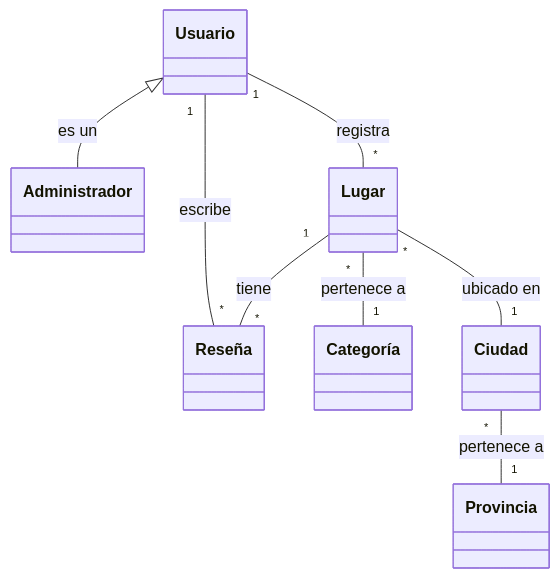
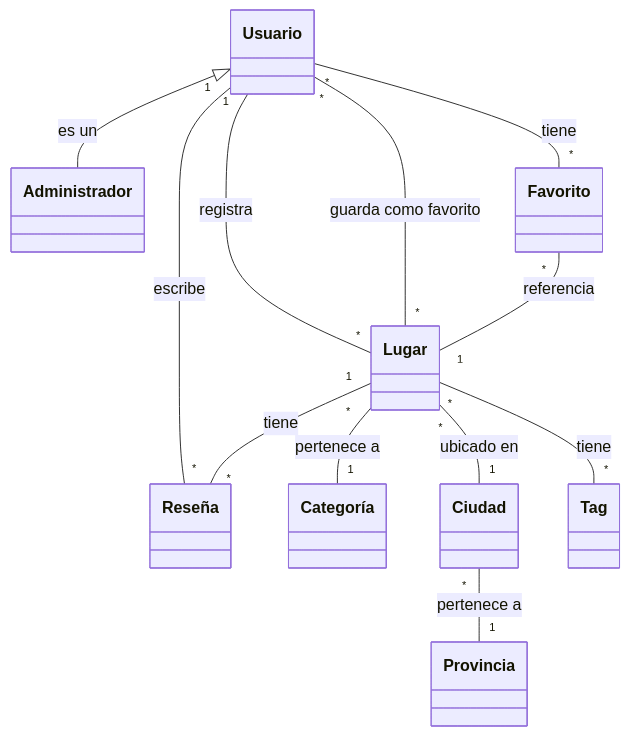
The diagram in proposal.md (utnfrrodsw/tp), drawn with Mermaid before and after one commit. The commit also changed other lines of this file, not shown here.

Commit message:
update proposal, cambios varios en crud simple, crud dependiente, integrantes, diagrama de clases, roles y Adicionales para Aprobación

````diff
--- a/proposal.md
+++ b/proposal.md
@@ -22,31 +21,50 @@
 ```mermaid
 classDiagram
     Usuario <|-- Administrador : es un
     Usuario "1" -- "*" Reseña : escribe
     Usuario "1" -- "*" Lugar : registra
+    Usuario "*" -- "*" Lugar : guarda como favorito
     Lugar "1" -- "*" Reseña : tiene
     Lugar "*" -- "1" Categoría : pertenece a
     Lugar "*" -- "1" Ciudad : ubicado en
+    Lugar "*" -- "*" Tag : tiene
     Ciudad "*" -- "1" Provincia : pertenece a
+    Usuario "*" -- "*" Favorito : tiene
+    Favorito "*" -- "1" Lugar : referencia
     
     class Usuario {
+       
     }
     
     class Administrador {
     }
     
     class Lugar {
+     
     }
     
     class Categoría {
+        
     }
     
     class Reseña {
+     
     }
     
     class Ciudad {
+       
     }
     
     class Provincia {
+       
     }
+    
+    class Favorito {
+      
+    }
+    
+    class Tag {
+      
+    }
+
 ```
````
